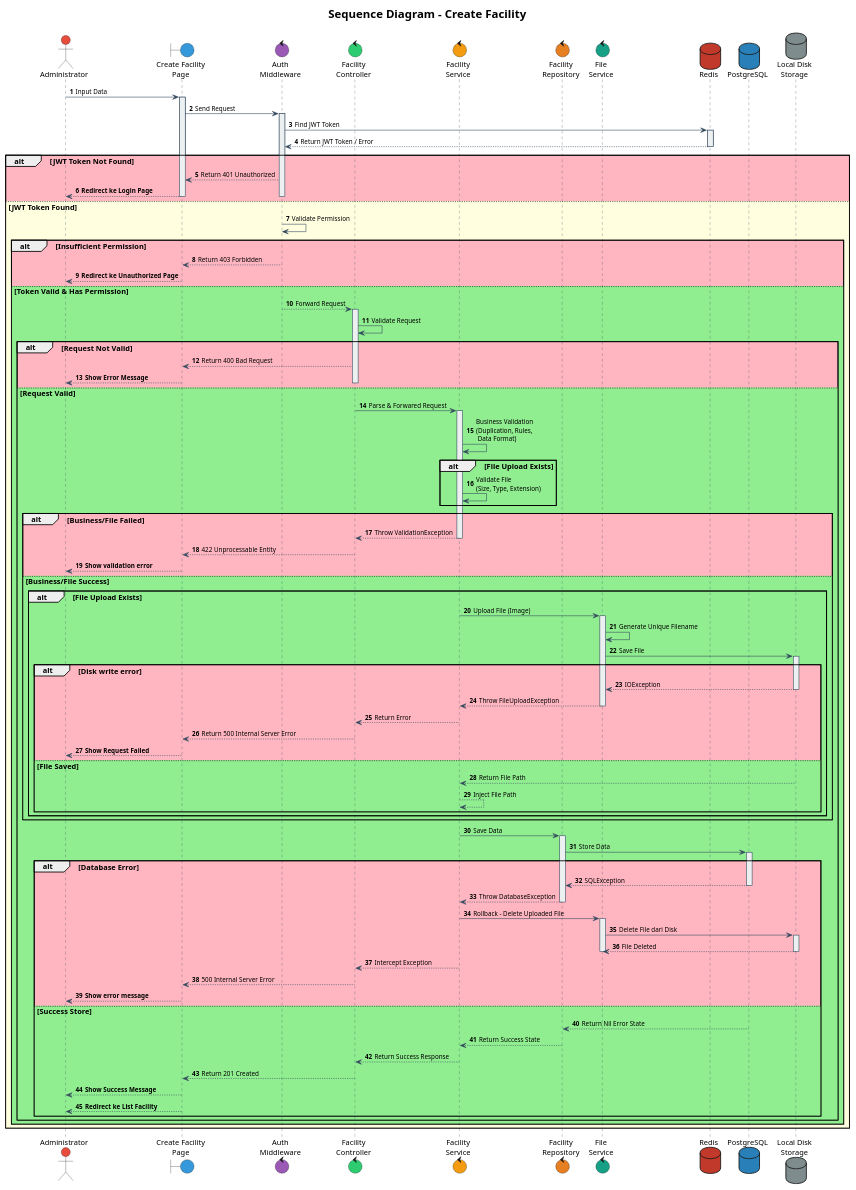
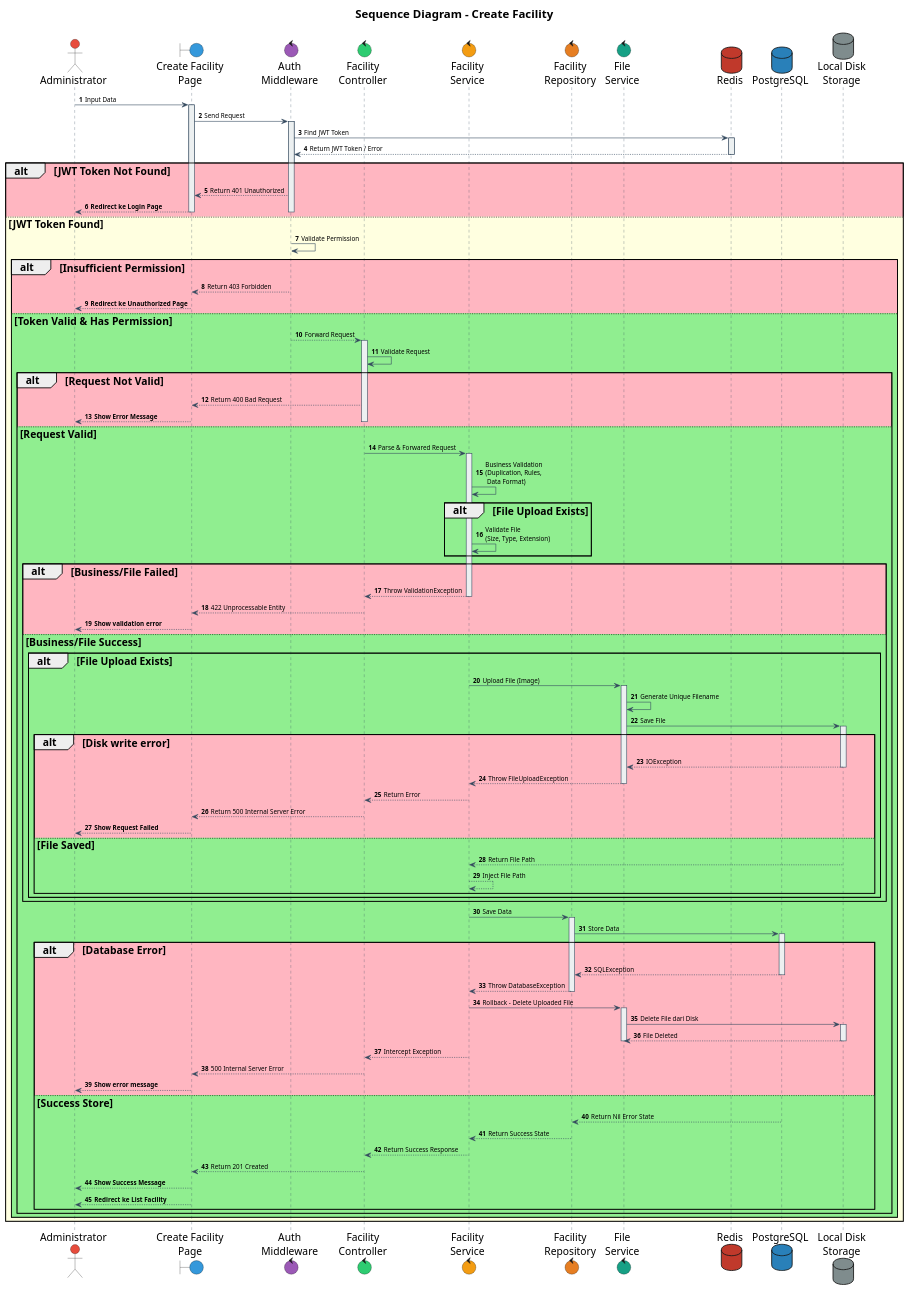
One commit to IntConnect/go-intconnect-api changed the diagram in documents/sequence/facilities/create.puml. Above: the diagram before and after it, drawn with PlantUML. The commit also changed 24 other files, not shown here.

Commit message:
documentations(activity): Generalize activity diagram of Configuration menu

```diff
--- a/documents/sequence/facilities/create.puml
+++ b/documents/sequence/facilities/create.puml
@@ -1,192 +1,192 @@
 @startuml
 
 ' Definisi ukuran font (bisa diatur sesuai kebutuhan)
-skinparam defaultFontSize 13
+skinparam defaultFontSize 18
 skinparam defaultFontName Times New Roman
 
 ' Definisi warna dan style untuk participant
 skinparam participant {
     BackgroundColor #ECF0F1
     BorderColor #34495E
     FontColor Black
-    FontSize 13
+    FontSize 17
     FontName Times New Roman
 }
 
 skinparam sequence {
     ArrowColor #34495E
     LifeLineBorderColor #34495E
     LifeLineBackgroundColor #ECF0F1
     ArrowFontSize 11
     ArrowFontName Times New Roman
 }
 
 ' Definisi aktor dengan warna berbeda menggunakan hex color
 actor "Administrator" as admin #E74C3C
 boundary "Create Facility\nPage" as boundCreateFacility #3498DB
 control "Auth\nMiddleware" as authMiddleware #9B59B6
 control "Facility\nController" as facilityController #2ECC71
 control "Facility\nService" as facilityService #F39C12
 control "Facility\nRepository" as facilityRepository #E67E22
 control "File\nService" as fileService #16A085
 database "Redis" as dbRedis #C0392B
 database "PostgreSQL" as dbPsql #2980B9
 database "Local Disk\nStorage" as localStorage #7F8C8D
 
 title
 <size:20><b>Sequence Diagram - Create Facility</b></size>
 ----
 end title
 
 autonumber
 
 ' === FLOW UTAMA ===
 admin -> boundCreateFacility: Input Data
 activate boundCreateFacility
 
 boundCreateFacility -> authMiddleware: Send Request
 activate authMiddleware
 
 ' === CEK TOKEN DI REDIS ===
 authMiddleware -> dbRedis: Find JWT Token
 activate dbRedis
 dbRedis --> authMiddleware: Return JWT Token / Error
 deactivate dbRedis
 
 alt #LightPink JWT Token Not Found
     authMiddleware --> boundCreateFacility: Return 401 Unauthorized
     boundCreateFacility --> admin: **Redirect ke Login Page**
     deactivate authMiddleware
     deactivate boundCreateFacility
 
 else #LightYellow JWT Token Found
 
     ' === CEK PERMISSION ===
     authMiddleware -> authMiddleware: Validate Permission
 
     alt #LightPink Insufficient Permission
         authMiddleware --> boundCreateFacility: Return 403 Forbidden
         boundCreateFacility --> admin: **Redirect ke Unauthorized Page**
         deactivate authMiddleware
         deactivate boundCreateFacility
 
     else #LightGreen Token Valid & Has Permission
 
         authMiddleware --> facilityController: Forward Request
         deactivate authMiddleware
         activate facilityController
 
         ' === VALIDASI REQUEST ===
         facilityController -> facilityController: Validate Request
 
         alt #LightPink Request Not Valid
             facilityController --> boundCreateFacility: Return 400 Bad Request
             boundCreateFacility --> admin: **Show Error Message**
             deactivate facilityController
             deactivate boundCreateFacility
 
         else #LightGreen Request Valid
 
             facilityController -> facilityService: Parse & Forwared Request
             activate facilityService
 
             ' === BUSINESS LOGIC & FILE VALIDATION ===F
             facilityService -> facilityService: Business Validation\n(Duplication, Rules, \n Data Format)
 
             alt File Upload Exists
                 facilityService -> facilityService: Validate File\n(Size, Type, Extension)
             end
 
             alt #LightPink Business/File Failed
                 facilityService --> facilityController: Throw ValidationException
                 deactivate facilityService
                 facilityController --> boundCreateFacility: 422 Unprocessable Entity
                 boundCreateFacility --> admin: **Show validation error**
                 deactivate facilityController
                 deactivate boundCreateFacility
 
             else #LightGreen Business/File Success
 
                 ' === UPLOAD FILE KE LOCAL STORAGE (jika ada) ===
                 alt File Upload Exists
                     facilityService -> fileService: Upload File (Image)
                     activate fileService
 
                     fileService -> fileService: Generate Unique Filename
                     fileService -> localStorage: Save File
                     activate localStorage
 
                         alt #LightPink Disk write error
                             localStorage --> fileService: IOException
                             deactivate localStorage
                             fileService --> facilityService: Throw FileUploadException
                             deactivate fileService
                             facilityService --> facilityController: Return Error
                             deactivate facilityService
                             facilityController --> boundCreateFacility: Return 500 Internal Server Error
                             boundCreateFacility --> admin: **Show Request Failed**
                             deactivate facilityController
                             deactivate boundCreateFacility
 
                         else #LightGreen File Saved
                             localStorage --> facilityService: Return File Path
                             deactivate localStorage
                             deactivate fileService
                             facilityService --> facilityService: Inject File Path
                         end
                     end
                 end
 
                 ' === SIMPAN KE DATABASE ===
                 facilityService -> facilityRepository: Save Data
                 activate facilityRepository
 
                 ' === SIMPAN KE DATABASE ===
                 facilityRepository -> dbPsql: Store Data
                 activate dbPsql
 
                 alt #LightPink Database Error
                     dbPsql --> facilityRepository: SQLException
                     deactivate dbPsql
                     facilityRepository --> facilityService: Throw DatabaseException
                     deactivate facilityRepository
 
                     ' === ROLLBACK: Hapus file jika DB gagal ===
                     facilityService -> fileService: Rollback - Delete Uploaded File
                     activate fileService
                     fileService -> localStorage: Delete File dari Disk
                     activate localStorage
                     localStorage --> fileService: File Deleted
                     deactivate localStorage
                     deactivate fileService
 
                     facilityService --> facilityController: Intercept Exception
                     deactivate facilityService
                     facilityController --> boundCreateFacility: 500 Internal Server Error
                     boundCreateFacility --> admin: **Show error message**
                     deactivate facilityController
                     deactivate boundCreateFacility
 
                 else #LightGreen Success Store
                     dbPsql --> facilityRepository: Return Nil Error State
                     deactivate dbPsql
 
                     facilityRepository --> facilityService: Return Success State
                     deactivate facilityRepository
 
                     facilityService --> facilityController: Return Success Response
                     deactivate facilityService
 
                     facilityController --> boundCreateFacility: Return 201 Created
                     deactivate facilityController
 
                     boundCreateFacility --> admin: **Show Success Message**
                     boundCreateFacility --> admin: **Redirect ke List Facility**
                     deactivate boundCreateFacility
 
                 end
             end
         end
     end
 
 @enduml
```
